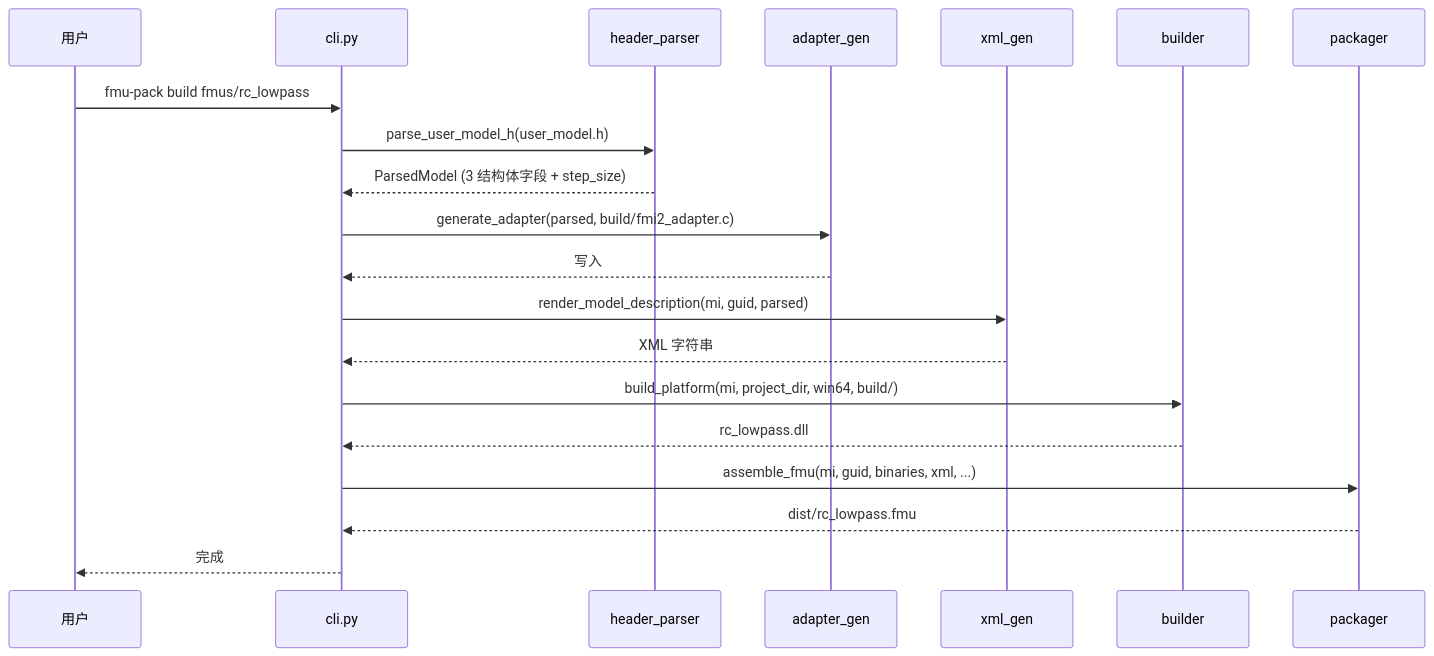
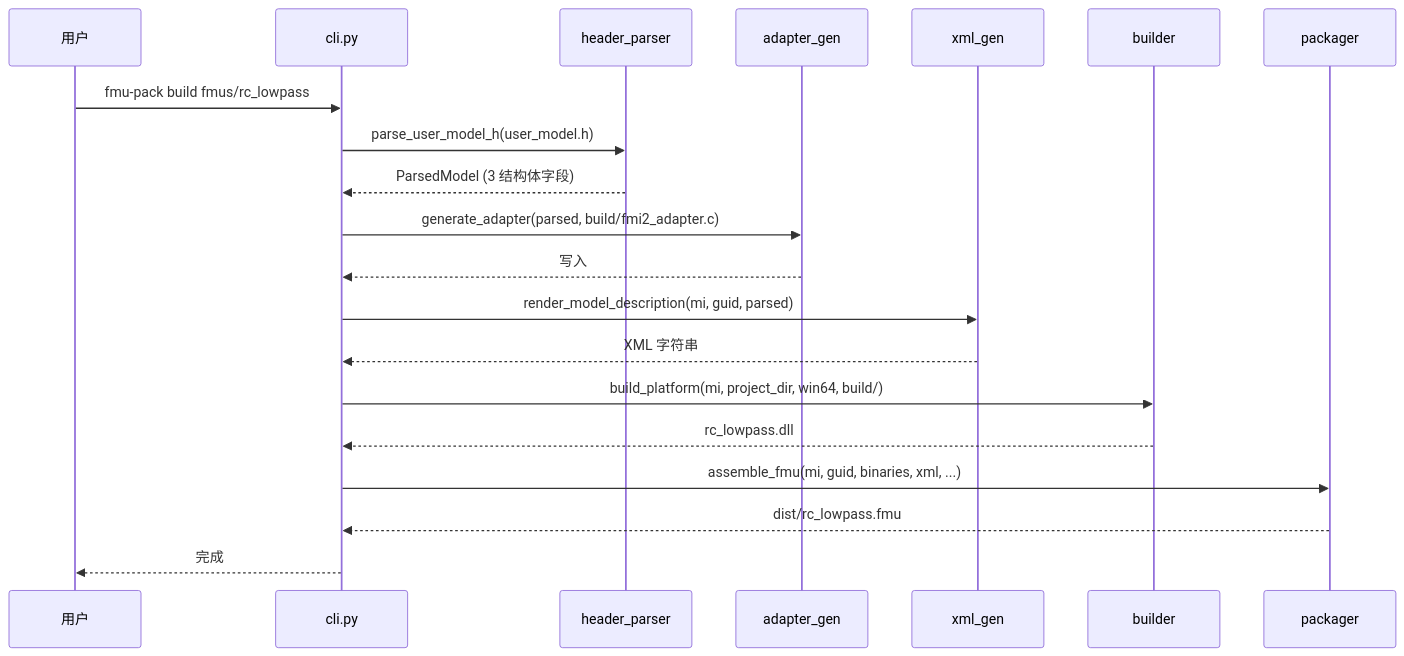
The first of 2 diagrams in doc/FMU和打包设计.md (chechem3/fmu_test), drawn with Mermaid before and after one commit. The commit also changed other lines of this file and 13 other files, not shown here.

````diff
--- a/doc/FMU和打包设计.md
+++ b/doc/FMU和打包设计.md
@@ -121,23 +122,23 @@
 ```mermaid
 sequenceDiagram
     participant U as 用户
     participant CLI as cli.py
     participant P as header_parser
     participant AG as adapter_gen
     participant XG as xml_gen
     participant B as builder
     participant PK as packager
 
     U->>CLI: fmu-pack build fmus/rc_lowpass
     CLI->>P: parse_user_model_h(user_model.h)
-    P-->>CLI: ParsedModel (3 结构体字段 + step_size)
+    P-->>CLI: ParsedModel (3 结构体字段)
     CLI->>AG: generate_adapter(parsed, build/fmi2_adapter.c)
     AG-->>CLI: 写入
     CLI->>XG: render_model_description(mi, guid, parsed)
     XG-->>CLI: XML 字符串
     CLI->>B: build_platform(mi, project_dir, win64, build/)
     B-->>CLI: rc_lowpass.dll
     CLI->>PK: assemble_fmu(mi, guid, binaries, xml, ...)
     PK-->>CLI: dist/rc_lowpass.fmu
     CLI-->>U: 完成
 ```
````
